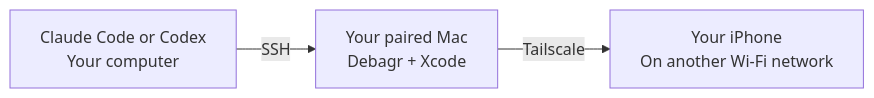
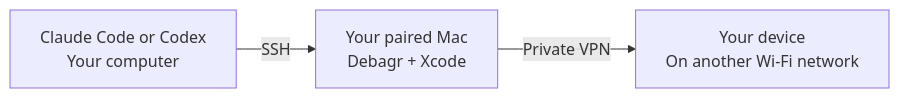
Before and after one commit to radeknovis/Debagr: the diagram in README.md, drawn with Mermaid. The commit also changed other lines of this file and 21 other files, not shown here.

Commit message:
Add private VPN providers and a unified device setup window

````diff
--- a/README.md
+++ b/README.md
@@ -41,5 +41,5 @@
 ```mermaid
 flowchart LR
     Agent["Claude Code or Codex<br/>Your computer"] -->|SSH| Mac["Your paired Mac<br/>Debagr + Xcode"]
-    Mac -->|Tailscale| Phone["Your iPhone<br/>On another Wi-Fi network"]
+    Mac -->|Private VPN| Device["Your device<br/>On another Wi-Fi network"]
 ```
````
